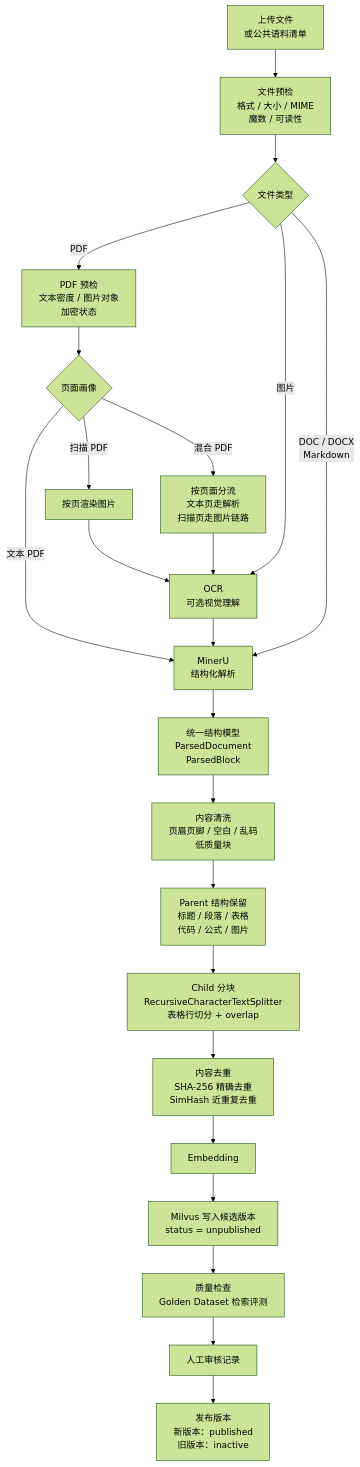
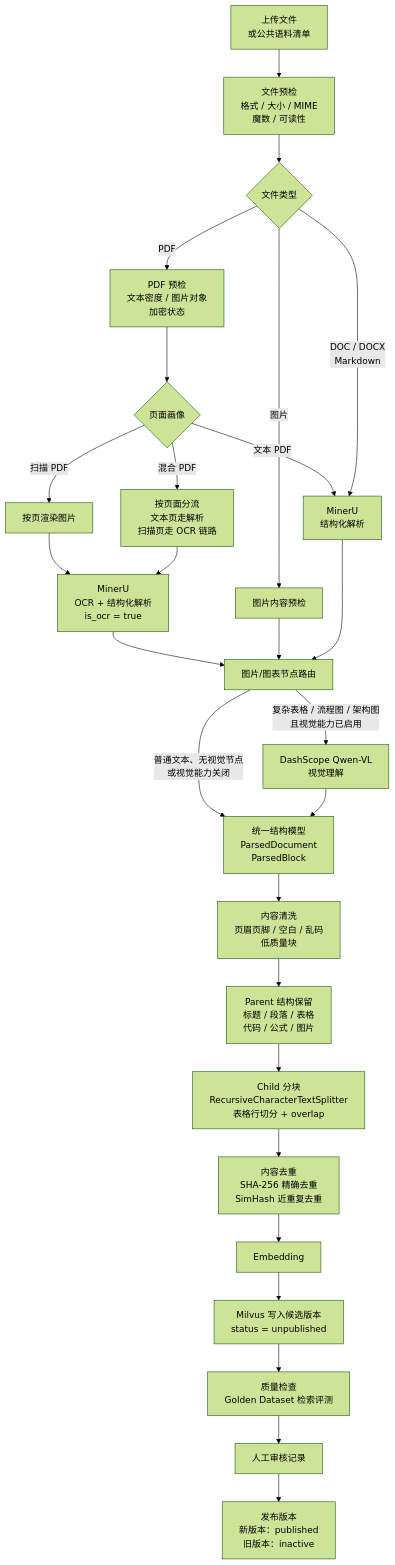
One commit to YXCZS/EasyOffer changed the fourth of 4 diagrams in README.md. Above: the diagram before and after it, drawn with Mermaid (forest theme). The commit also changed other lines of this file, not shown here.

Commit message:
完善README文档解析与OCR视觉理解流程图
明确扫描型和混合型PDF通过MinerU OCR处理，补充图片与复杂图表进入DashScope Qwen-VL视觉理解的分支流程，并同步更新系统架构说明。

````diff
--- a/README.md
+++ b/README.md
@@ -164,25 +164,29 @@
 ```mermaid
 flowchart TB
     S["上传文件<br/>或公共语料清单"] --> V["文件预检<br/>格式 / 大小 / MIME<br/>魔数 / 可读性"]
     V --> D{文件类型}
     D -->|PDF| P["PDF 预检<br/>文本密度 / 图片对象<br/>加密状态"]
     P --> P1{页面画像}
     P1 -->|文本 PDF| MU["MinerU<br/>结构化解析"]
     P1 -->|扫描 PDF| IMG[按页渲染图片]
-    P1 -->|混合 PDF| MIX["按页面分流<br/>文本页走解析<br/>扫描页走图片链路"]
-    IMG --> OCR["OCR<br/>可选视觉理解"]
-    MIX --> OCR
-    OCR --> MU
+    P1 -->|混合 PDF| MIX["按页面分流<br/>文本页走解析<br/>扫描页走 OCR 链路"]
+    IMG --> MUOCR["MinerU<br/>OCR + 结构化解析<br/>is_ocr = true"]
+    MIX --> MUOCR
+    MUOCR --> VR
     D -->|"DOC / DOCX<br/>Markdown"| MU
-    D -->|图片| OCR
-    MU --> N["统一结构模型<br/>ParsedDocument<br/>ParsedBlock"]
+    D -->|图片| IMGFILE["图片内容预检"]
+    IMGFILE --> VR
+    MU --> VR["图片/图表节点路由"]
+    VR -->|"复杂表格 / 流程图 / 架构图<br/>且视觉能力已启用"| QV["DashScope Qwen-VL<br/>视觉理解"]
+    VR -->|"普通文本、无视觉节点<br/>或视觉能力关闭"| N
+    QV --> N["统一结构模型<br/>ParsedDocument<br/>ParsedBlock"]
     N --> C["内容清洗<br/>页眉页脚 / 空白 / 乱码<br/>低质量块"]
     C --> PA["Parent 结构保留<br/>标题 / 段落 / 表格<br/>代码 / 公式 / 图片"]
     PA --> CH["Child 分块<br/>RecursiveCharacterTextSplitter<br/>表格行切分 + overlap"]
     CH --> DD["内容去重<br/>SHA-256 精确去重<br/>SimHash 近重复去重"]
     DD --> E[Embedding]
     E --> MV["Milvus 写入候选版本<br/>status = unpublished"]
     MV --> Q["质量检查<br/>Golden Dataset 检索评测"]
     Q --> H[人工审核记录]
     H --> PUB["发布版本<br/>新版本：published<br/>旧版本：inactive"]
 ```
````
